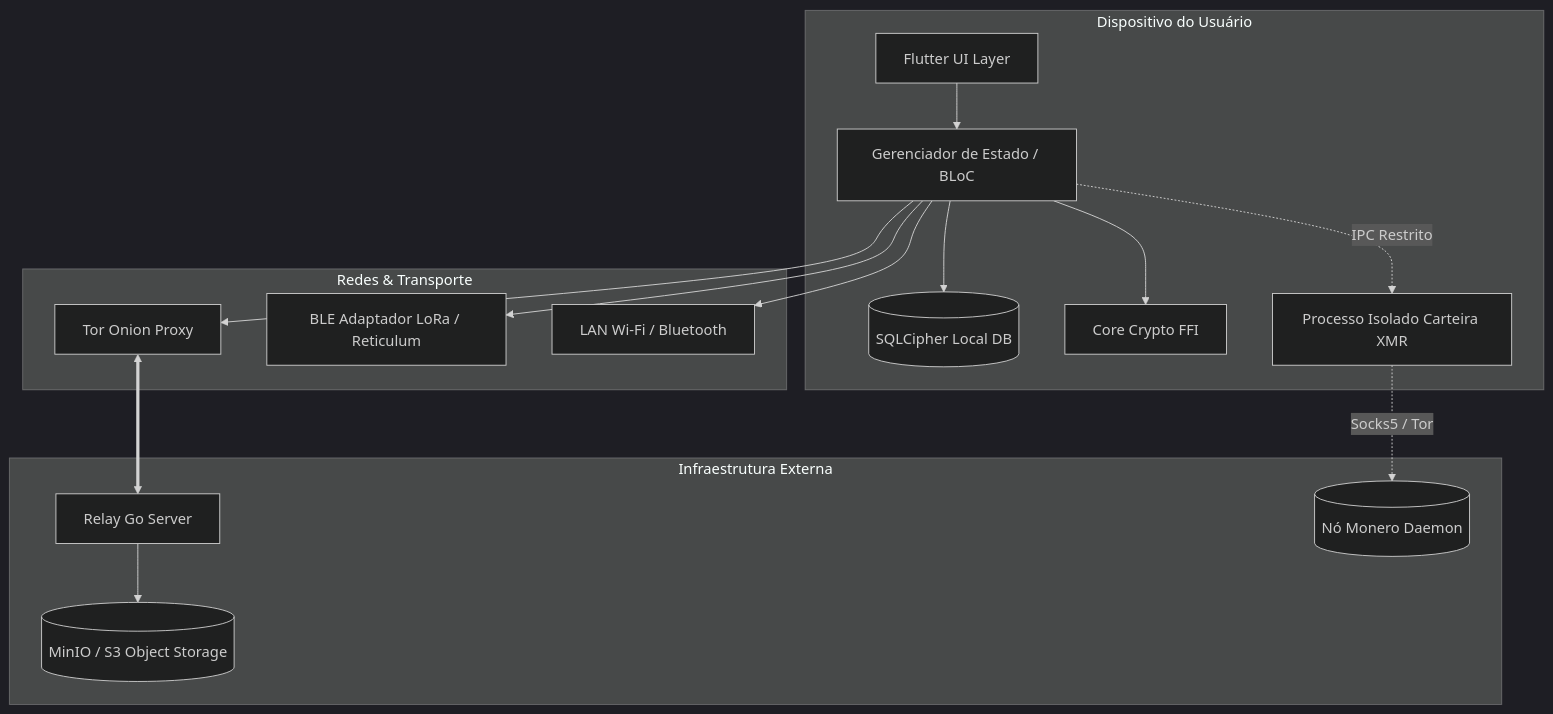
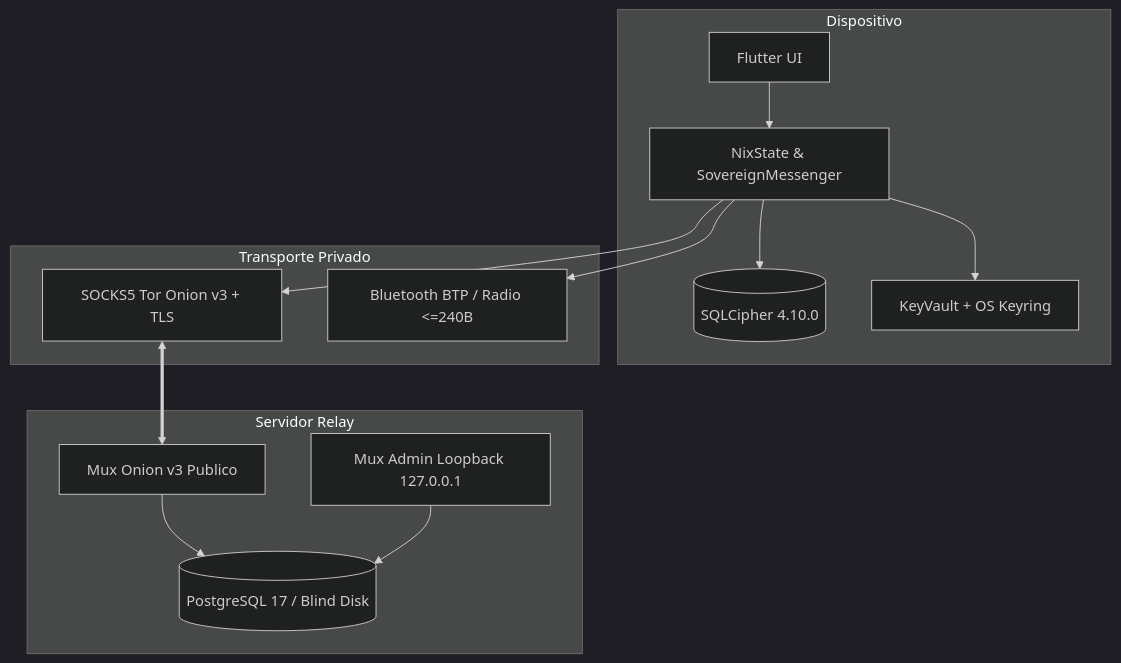
The diagram in docs/ARCHITECTURE.md (foros049695/nix), drawn with Mermaid (dark theme) before and after one commit. The commit also changed other lines of this file and 63 other files, not shown here.

Commit message:
feat(phases-0-9): implement real SQLCipher, OS keyring, Seed A, TLS-over-SOCKS5, PG17 relay, Gate 3 E2EE, benchmark & off-grid/archive/PQXDH stacks

````diff
--- a/docs/ARCHITECTURE.md
+++ b/docs/ARCHITECTURE.md
@@ -10,34 +12,26 @@
 ```mermaid
 graph TD
-    subgraph Dispositivo do Usuário
-        UI[Flutter UI Layer]
-        State[Gerenciador de Estado / BLoC]
-        SQLCipher[(SQLCipher Local DB)]
-        CryptoEngine[Core Crypto FFI]
-        WalletProc[Processo Isolado Carteira XMR]
+    subgraph Dispositivo
+        UI[Flutter UI]
+        State[NixState & SovereignMessenger]
+        DB[(SQLCipher 4.10.0)]
+        Vault[KeyVault + OS Keyring]
     end
-
-    subgraph Redes & Transporte
-        TorClient[Tor Onion Proxy]
-        RadioBLE[BLE Adaptador LoRa / Reticulum]
-        LocalNet[LAN Wi-Fi / Bluetooth]
+    subgraph Transporte Privado
+        Tor[SOCKS5 Tor Onion v3 + TLS]
+        OffGrid[Bluetooth BTP / Radio <=240B]
     end
-
-    subgraph Infraestrutura Externa
-        RelayDaemon[Relay Go Server]
-        MinIO[(MinIO / S3 Object Storage)]
-        XMRNode[(Nó Monero Daemon)]
+    subgraph Servidor Relay
+        Public[Mux Onion v3 Publico]
+        Admin[Mux Admin Loopback 127.0.0.1]
+        PG[(PostgreSQL 17 / Blind Disk)]
     end
-
     UI --> State
-    State --> SQLCipher
-    State --> CryptoEngine
-    State -.->|IPC Restrito| WalletProc
-    State --> TorClient
-    State --> RadioBLE
-    State --> LocalNet
-
-    TorClient <==> RelayDaemon
-    RelayDaemon --> MinIO
-    WalletProc -.->|Socks5 / Tor| XMRNode
+    State --> Vault
+    State --> DB
+    State --> Tor
+    State --> OffGrid
+    Tor <==> Public
+    Public --> PG
+    Admin --> PG
 ```
````
